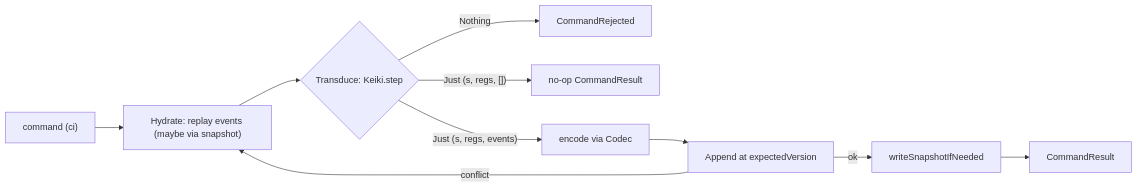
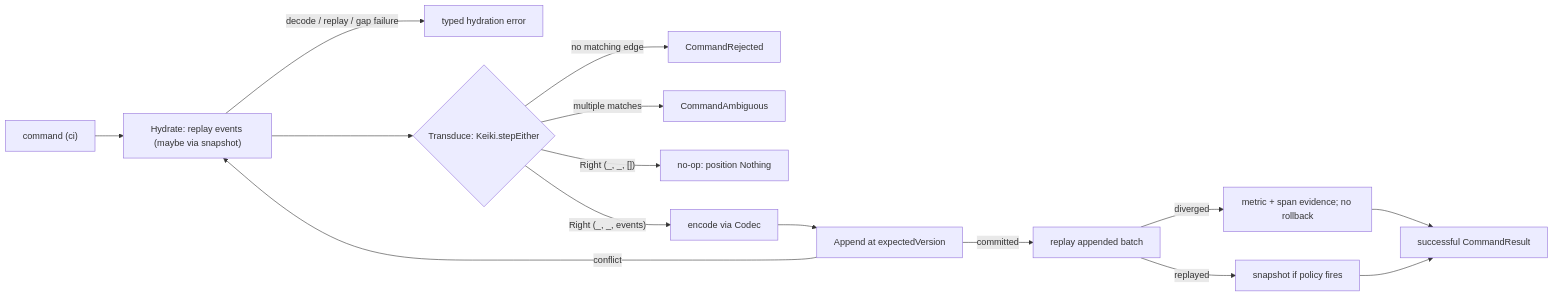
Before and after one commit to shinzui/keiro-runtime-docs: the diagram in content/docs/keiro/explanation/the-command-cycle.mdx, drawn with Mermaid. The commit also changed other lines of this file and 19 other files, not shown here.

First line of the commit message:
docs(keiro): document command replay integrity

````diff
--- a/content/docs/keiro/explanation/the-command-cycle.mdx
+++ b/content/docs/keiro/explanation/the-command-cycle.mdx
@@ -70,12 +77,17 @@
 ```mermaid
 flowchart LR
   Cmd["command (ci)"] --> H["Hydrate: replay events (maybe via snapshot)"]
-  H --> D{"Transduce: Keiki.step"}
-  D -- "Nothing" --> Rej["CommandRejected"]
-  D -- "Just (s, regs, [])" --> NoOp["no-op CommandResult"]
-  D -- "Just (s, regs, events)" --> Enc["encode via Codec"]
+  H -- "decode / replay / gap failure" --> HydErr["typed hydration error"]
+  H --> D{"Transduce: Keiki.stepEither"}
+  D -- "no matching edge" --> Rej["CommandRejected"]
+  D -- "multiple matches" --> Amb["CommandAmbiguous"]
+  D -- "Right (_, _, [])" --> NoOp["no-op: position Nothing"]
+  D -- "Right (_, _, events)" --> Enc["encode via Codec"]
   Enc --> A["Append at expectedVersion"]
   A -- "conflict" --> H
-  A -- "ok" --> Snap["writeSnapshotIfNeeded"]
-  Snap --> Res["CommandResult"]
+  A -- "committed" --> Verify["replay appended batch"]
+  Verify -- "diverged" --> Evidence["metric + span evidence; no rollback"]
+  Verify -- "replayed" --> Snap["snapshot if policy fires"]
+  Evidence --> Res["successful CommandResult"]
+  Snap --> Res
 ```
````
